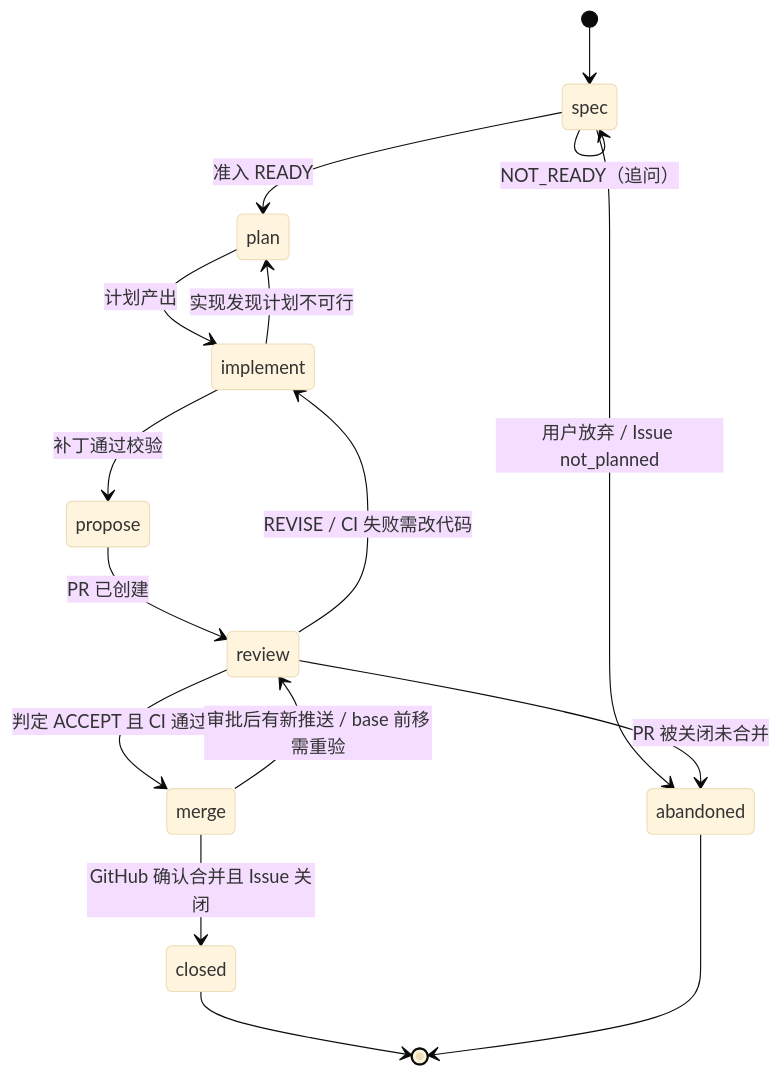
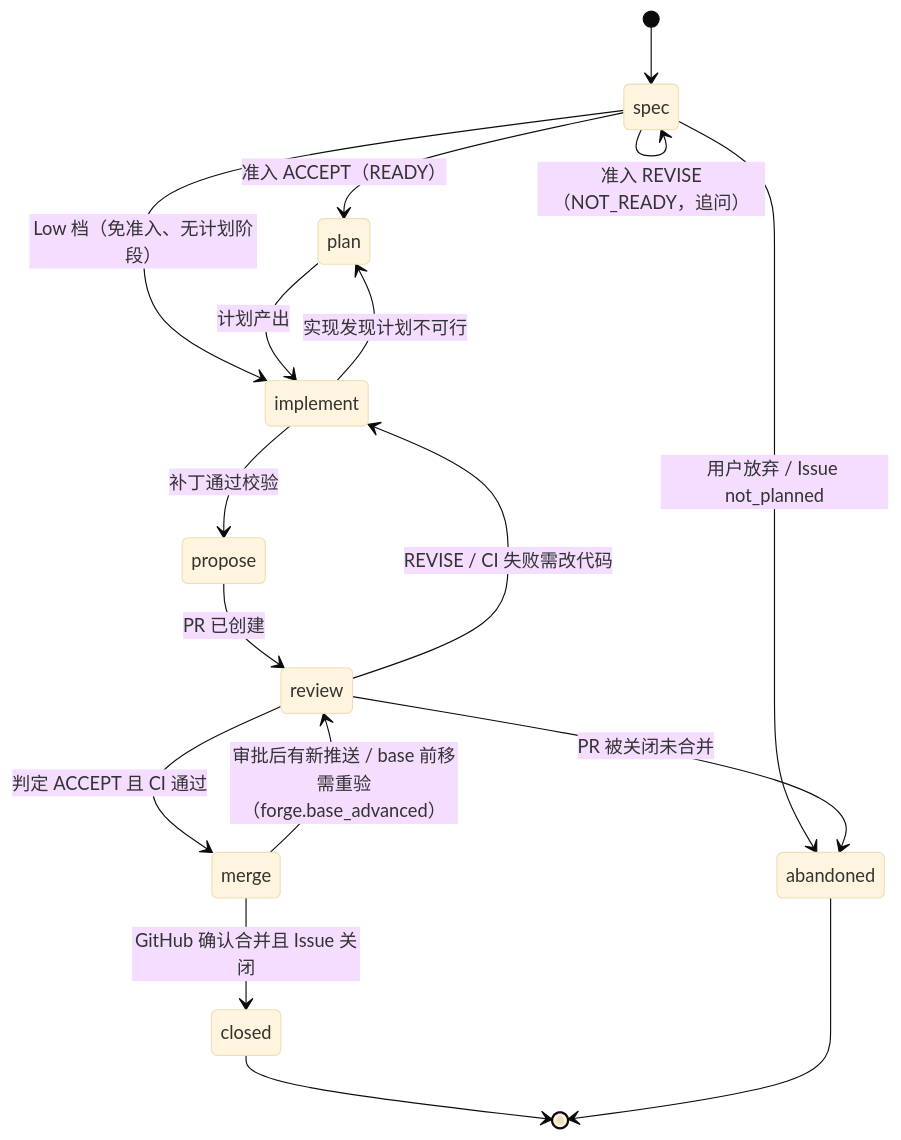
Before and after one commit to LeXwDeX/Gantry: the second of 2 diagrams in docs/data-model.md, drawn with Mermaid (base theme). The commit also changed other lines of this file and 7 other files, not shown here.

````diff
--- a/docs/data-model.md
+++ b/docs/data-model.md
@@ -154,18 +210,19 @@
 ```mermaid
 stateDiagram-v2
   [*] --> spec
-  spec --> plan: 准入 READY
-  spec --> spec: NOT_READY（追问）
+  spec --> plan: 准入 ACCEPT（READY）
+  spec --> spec: 准入 REVISE（NOT_READY，追问）
+  spec --> implement: Low 档（免准入、无计划阶段）
   plan --> implement: 计划产出
   implement --> propose: 补丁通过校验
   implement --> plan: 实现发现计划不可行
   propose --> review: PR 已创建
   review --> implement: REVISE / CI 失败需改代码
   review --> merge: 判定 ACCEPT 且 CI 通过
-  merge --> review: 审批后有新推送 / base 前移需重验
+  merge --> review: 审批后有新推送 / base 前移需重验（forge.base_advanced）
   merge --> closed: GitHub 确认合并且 Issue 关闭
   spec --> abandoned: 用户放弃 / Issue not_planned
   review --> abandoned: PR 被关闭未合并
   closed --> [*]
   abandoned --> [*]
 ```
````
